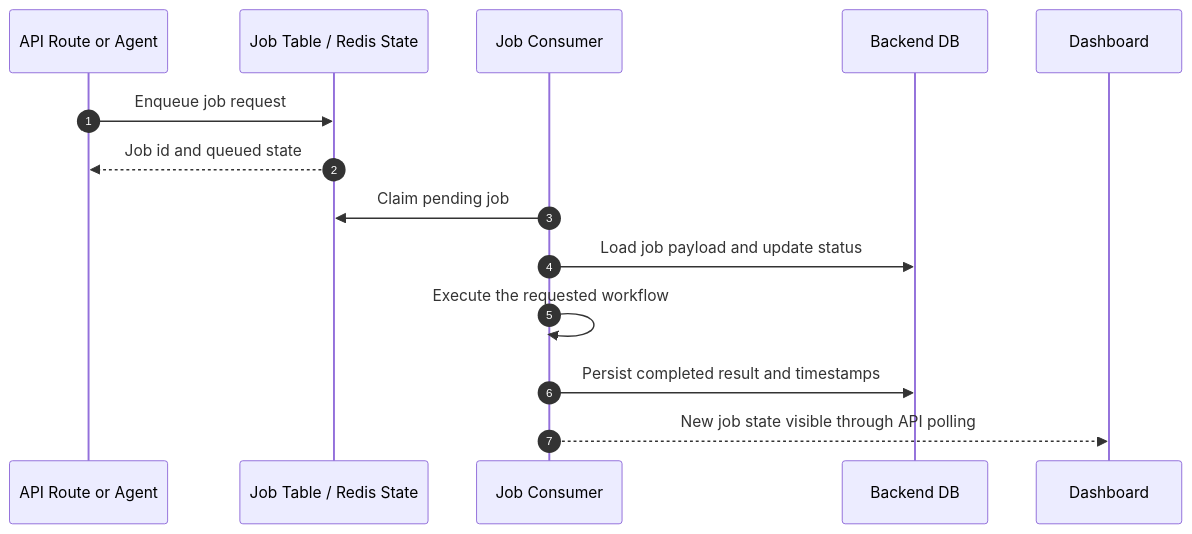
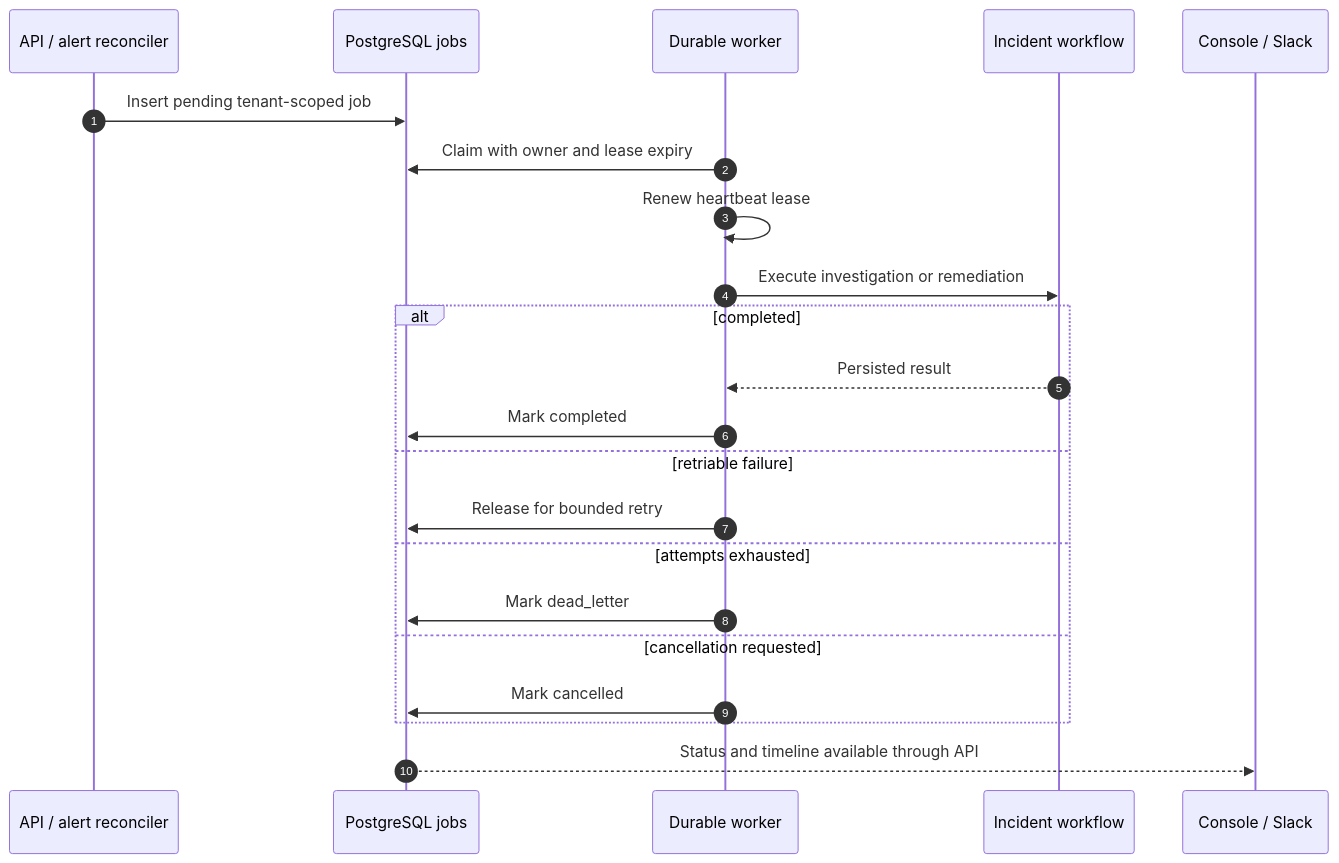
The diagram in docs/architecture/job-lifecycle-sequence.mmd (jayanth922/Sre-automation), drawn with Mermaid before and after one commit. The commit also changed 742 other files, not shown here.

```diff
--- a/docs/architecture/job-lifecycle-sequence.mmd
+++ b/docs/architecture/job-lifecycle-sequence.mmd
@@ -1,15 +1,23 @@
 sequenceDiagram
     autonumber
-    participant Client as API Route or Agent
-    participant Queue as Job Table / Redis State
-    participant Worker as Job Consumer
-    participant Store as Backend DB
-    participant UI as Dashboard
+    participant API as API / alert reconciler
+    participant DB as PostgreSQL jobs
+    participant Worker as Durable worker
+    participant Workflow as Incident workflow
+    participant UI as Console / Slack
 
-    Client->>Queue: Enqueue job request
-    Queue-->>Client: Job id and queued state
-    Worker->>Queue: Claim pending job
-    Worker->>Store: Load job payload and update status
-    Worker->>Worker: Execute the requested workflow
-    Worker->>Store: Persist completed result and timestamps
-    Worker-->>UI: New job state visible through API polling
+    API->>DB: Insert pending tenant-scoped job
+    Worker->>DB: Claim with owner and lease expiry
+    Worker->>Worker: Renew heartbeat lease
+    Worker->>Workflow: Execute investigation or remediation
+    alt completed
+        Workflow-->>Worker: Persisted result
+        Worker->>DB: Mark completed
+    else retriable failure
+        Worker->>DB: Release for bounded retry
+    else attempts exhausted
+        Worker->>DB: Mark dead_letter
+    else cancellation requested
+        Worker->>DB: Mark cancelled
+    end
+    DB-->>UI: Status and timeline available through API
```
